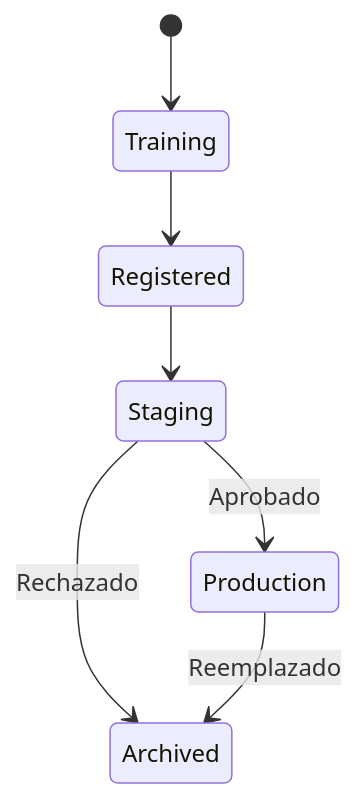
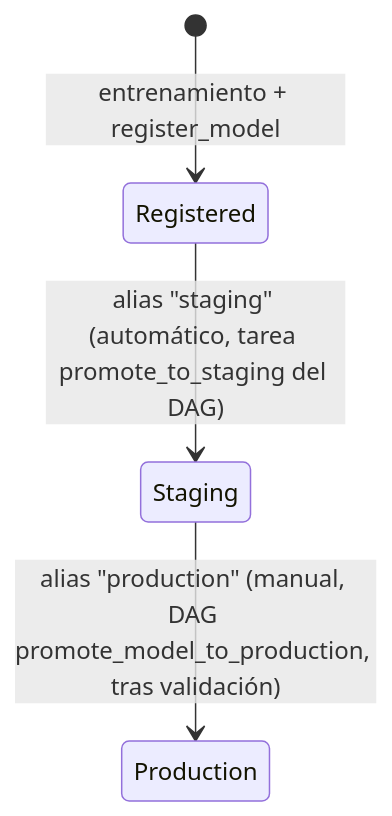
The third of 3 diagrams in README.md (matias1405/trabajo-final-mlops1), drawn with Mermaid before and after one commit. The commit also changed other lines of this file and 4 other files, not shown here.

````diff
--- a/README.md
+++ b/README.md
@@ -640,15 +648,9 @@
 ```mermaid
 stateDiagram-v2
 
-[*] --> Training
+[*] --> Registered : entrenamiento + register_model
 
-Training --> Registered
+Registered --> Staging : alias "staging" (automático, tarea promote_to_staging del DAG)
 
-Registered --> Staging
-
-Staging --> Archived : Rechazado
-
-Staging --> Production : Aprobado
-
-Production --> Archived : Reemplazado
+Staging --> Production : alias "production" (manual, DAG promote_model_to_production, tras validación)
 ```
````
